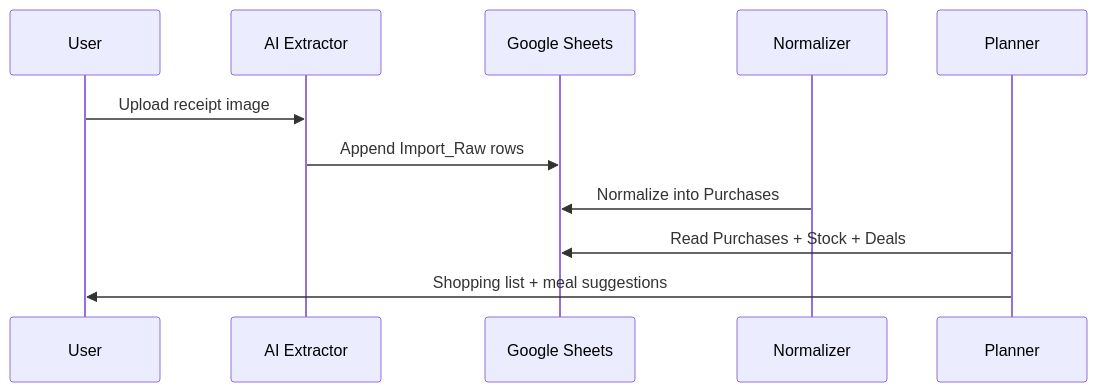
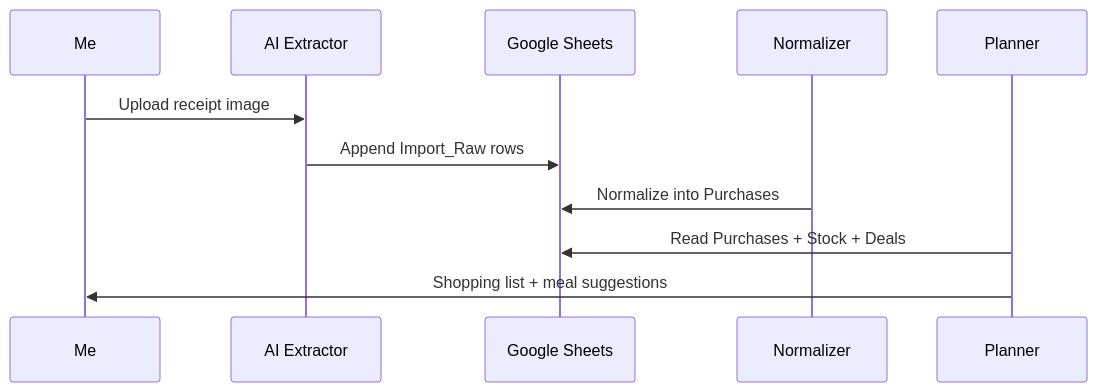
Before and after one commit to ryjen/shopping-inventory: the second of 2 diagrams in docs/architecture.md, drawn with Mermaid. The commit also changed other lines of this file, not shown here.

Commit message:
Align architecture with personal system framing

````diff
--- a/docs/architecture.md
+++ b/docs/architecture.md
@@ -159,14 +163,14 @@
 ```mermaid
 sequenceDiagram
-  participant U as User
+  participant U as Me
   participant AI as AI Extractor
   participant S as Google Sheets
   participant N as Normalizer
   participant P as Planner
 
   U->>AI: Upload receipt image
   AI->>S: Append Import_Raw rows
   N->>S: Normalize into Purchases
   P->>S: Read Purchases + Stock + Deals
   P->>U: Shopping list + meal suggestions
 ```
````
